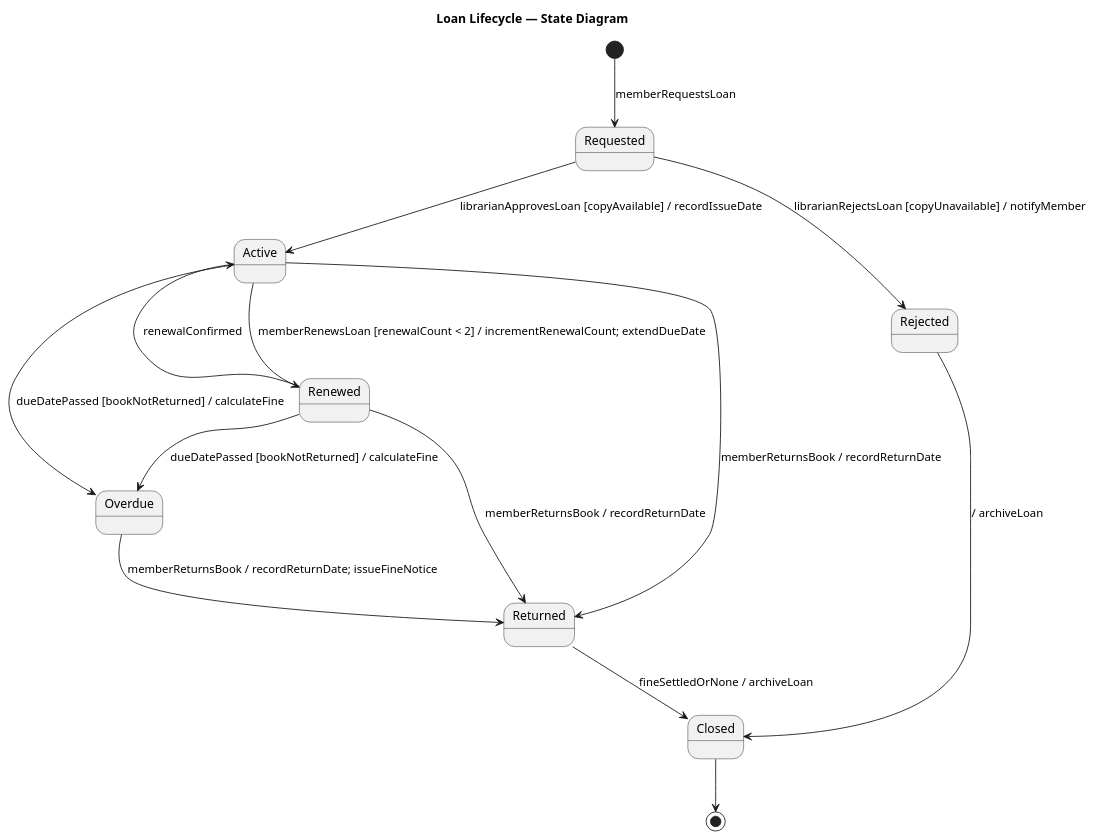
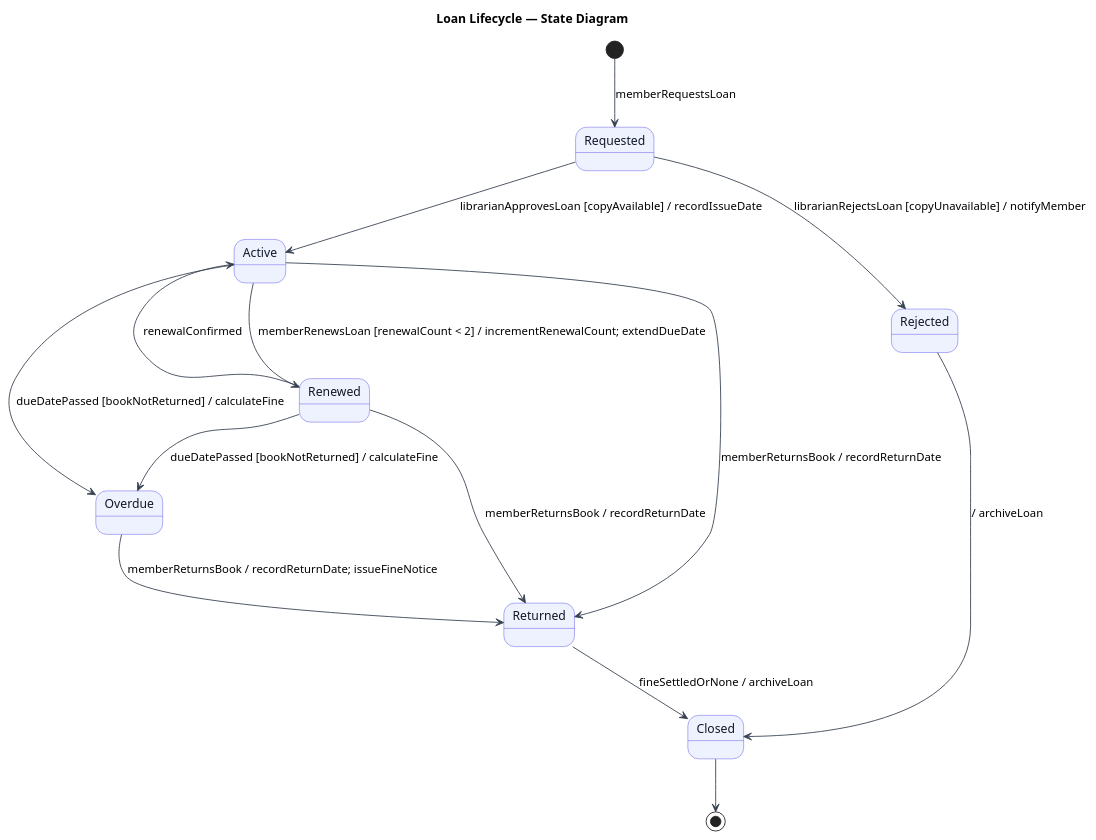
The diagram in uml/state_loan.puml (HashimZuraiqi/Software-Eng.-Project-UNTITLED), drawn with PlantUML before and after one commit.

Commit message:
feat: enhance state diagram styling with additional skin parameters

```diff
--- a/uml/state_loan.puml
+++ b/uml/state_loan.puml
@@ -1,29 +1,34 @@
 @startuml state_loan
+skinparam StateBackgroundColor #EEF2FF
+skinparam StateBorderColor #4F46E5
+skinparam ArrowColor #374151
+skinparam StateAttributeFontColor #111827
+skinparam style strictuml
 title Loan Lifecycle — State Diagram
 
 state Requested
 state Active
 state Renewed
 state Overdue
 state Returned
 state Closed
 state Rejected
 
 [*] --> Requested : memberRequestsLoan
 Requested --> Active : librarianApprovesLoan [copyAvailable] / recordIssueDate
 Requested --> Rejected : librarianRejectsLoan [copyUnavailable] / notifyMember
 
 Active --> Renewed : memberRenewsLoan [renewalCount < 2] / incrementRenewalCount; extendDueDate
 Renewed --> Active : renewalConfirmed
 
 Active --> Overdue : dueDatePassed [bookNotReturned] / calculateFine
 Renewed --> Overdue : dueDatePassed [bookNotReturned] / calculateFine
 
 Active --> Returned : memberReturnsBook / recordReturnDate
 Renewed --> Returned : memberReturnsBook / recordReturnDate
 Overdue --> Returned : memberReturnsBook / recordReturnDate; issueFineNotice
 Returned --> Closed : fineSettledOrNone / archiveLoan
 Rejected --> Closed : / archiveLoan
 Closed --> [*]
 
 @enduml
```
